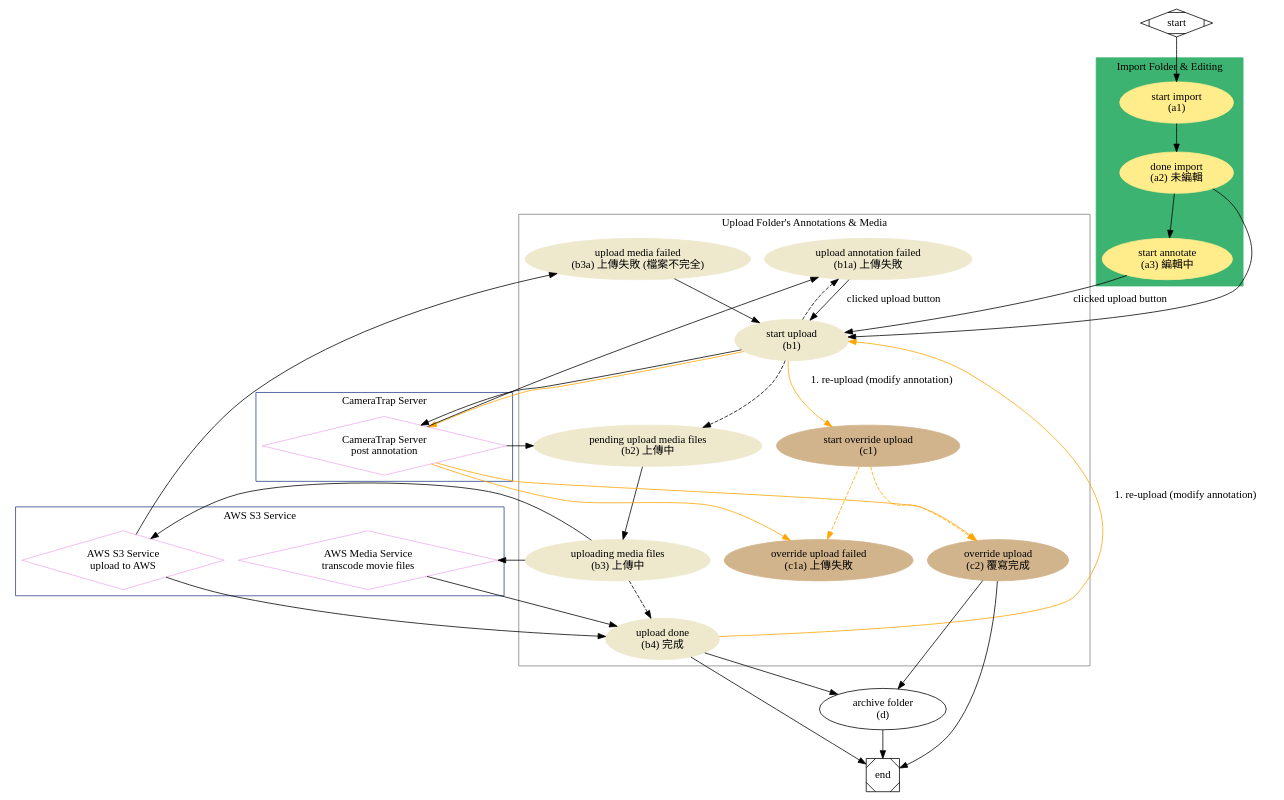
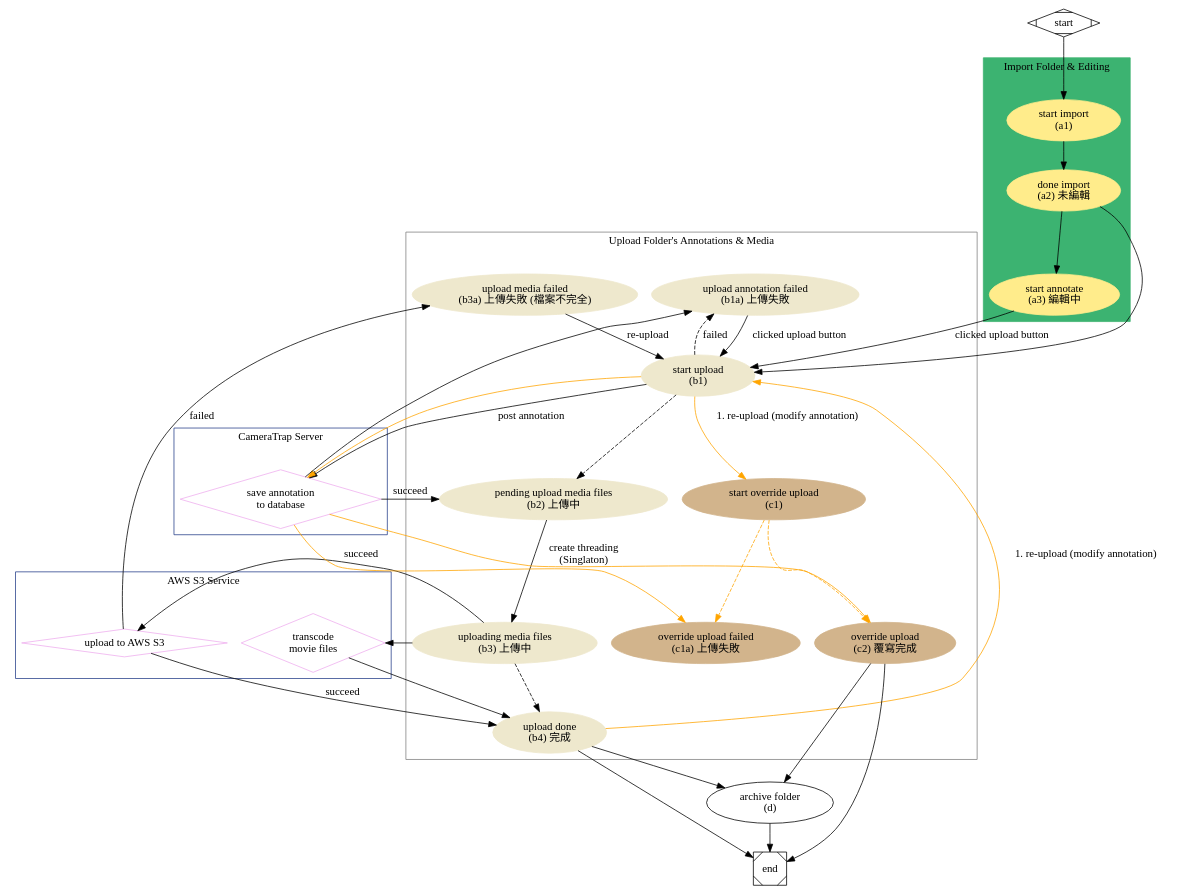
One commit to moogoo78/camera-trap-tk changed the diagram in docs/upload-status-flow.dot. Above: the diagram before and after it, drawn with Graphviz. The commit also changed 1 other file, not shown here.

Commit message:
docs: update dot flow

```diff
--- a/docs/upload-status-flow.dot
+++ b/docs/upload-status-flow.dot
@@ -1,91 +1,92 @@
 digraph G {
   subgraph cluster_0 {
     style=filled;
     color=mediumseagreen;
     node [style=filled,color=lightgoldenrod1];
     label = "Import Folder & Editing";
     a1 -> a2 -> a3;
   }
 
   subgraph cluster_1 {
     color=gray;
     node [style=filled, color=cornsilk2];
     label = "Upload Folder's Annotations & Media";
 
     b1a -> b1 [label="clicked upload button"];
     b1-> b2 [style=dashed];
-    b2 -> b3;
+    b2 -> b3 [label="create threading\n(Singlaton)"];
     b3 -> b4 [style=dashed];
     b4 -> b1 -> c1 [color=orange, label="1. re-upload (modify annotation)"];
     c1 -> c2 [color=orange, style=dashed];
     c1 -> c1a [color=orange, style=dashed];
-    b3a -> b1;
+    b3a -> b1 [label="re-upload"];
 
   }
   subgraph cluster_2 {
     color=royalblue4;
     label = "CameraTrap Server";
     serv_anno;
   }
   subgraph cluster_3 {
     color=royalblue4;
     label = "AWS S3 Service";
     serv_s3;
     serv_media;
   }
 
   start -> a1;
   a3 -> b1 [label="clicked upload button"];
   a2 -> b1;
-  b1 -> serv_anno -> b1a;
-  b1 -> b1a [style=dashed];
-  serv_anno -> b2;
-  b3 -> serv_s3 -> b4;
-  serv_s3 -> b3a;
+  b1 -> serv_anno [label="post annotation"];
+  serv_anno -> b1a;
+  b1 -> b1a [style=dashed, label="failed"];
+  serv_anno -> b2 [label="succeed"];
+  b3 -> serv_s3 -> b4 [label="succeed"];
+  serv_s3 -> b3a [label="failed"];
   serv_anno -> c1a [color=orange];
   b1 -> serv_anno [color=orange];
   b3 -> serv_media -> b4;
   serv_anno -> c2 [color=orange];
   c2 -> end;
   b4 -> end;
   b4 -> d -> end;
   c2 -> d;
   /*
   b1 -> serv_anno -> b2 -> b1 [color=orange, style=dashed, label="2. re-upload annotation"];
   b3c -> end;
 
   a2 -> b1;
   b3b -> serv_s3 -> b3b;
   serv_s3 -> b5;
   b4 -> end;
   b4 -> c;
   b4 -> a3;
   a3 -> b1 [label="1. re-upload (modify annotation)", color=orange];
   b5 -> end;
   b4 -> a3 [label="update annotation, upload last failed files"];
   b5 -> c -> end;
 
   serv_anno -> b5 [color=orange, style=dashed];
   */
-  serv_anno [shape=diamond, color=plum2, label="CameraTrap Server\npost annotation"];
-  serv_s3 [shape=diamond, color=plum2, label="AWS S3 Service\nupload to AWS"];
-  serv_media [shape=diamond, color=plum2, label="AWS Media Service\ntranscode movie files"];
+  serv_anno [shape=diamond, color=plum2, label="save annotation\nto database"];
+  serv_s3 [shape=diamond, color=plum2, label="upload to AWS S3"];
+  serv_media [shape=diamond, color=plum2, label="transcode\nmovie files"];
 
   d [label="archive folder\n(d)"];
   c2 [label="override upload\n(c2) 覆寫完成", color=tan, style=filled];
   c1a [label="override upload failed\n(c1a) 上傳失敗", color=tan, style=filled];
   c1 [label="start override upload\n(c1)", color=tan, style=filled];
 
   b4 [label="upload done\n(b4) 完成"];
   b3a [label="upload media failed\n (b3a) 上傳失敗 (檔案不完全)"];
   b3 [label="uploading media files\n(b3) 上傳中"];
   b2 [label="pending upload media files\n(b2) 上傳中"];
   b1a [label="upload annotation failed\n(b1a) 上傳失敗"];
   b1 [label="start upload\n(b1)"];
 
   a3 [label="start annotate\n(a3) 編輯中"];
   a2 [label="done import\n(a2) 未編輯"];
   a1 [label="start import\n(a1)"];
   start [shape=Mdiamond];
   end [shape=Msquare];
 }
```
